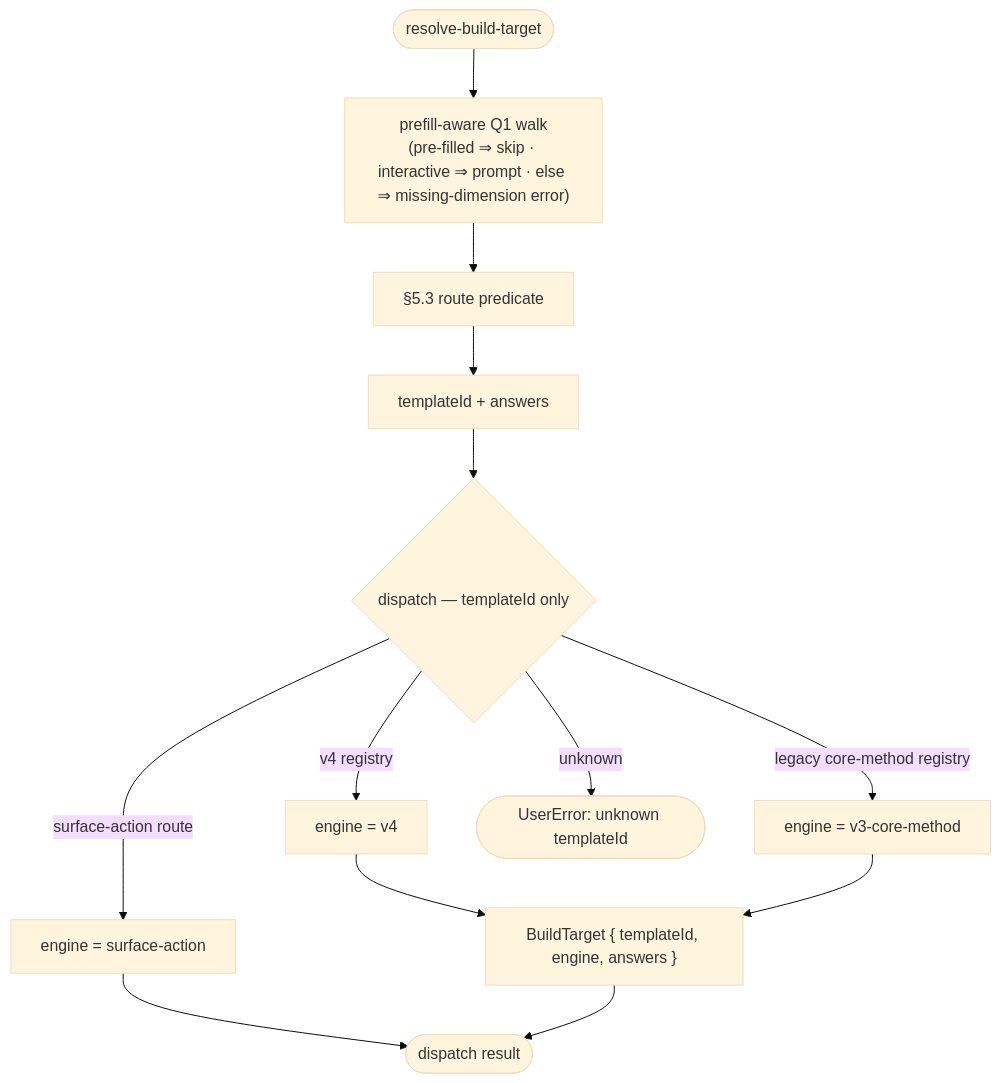
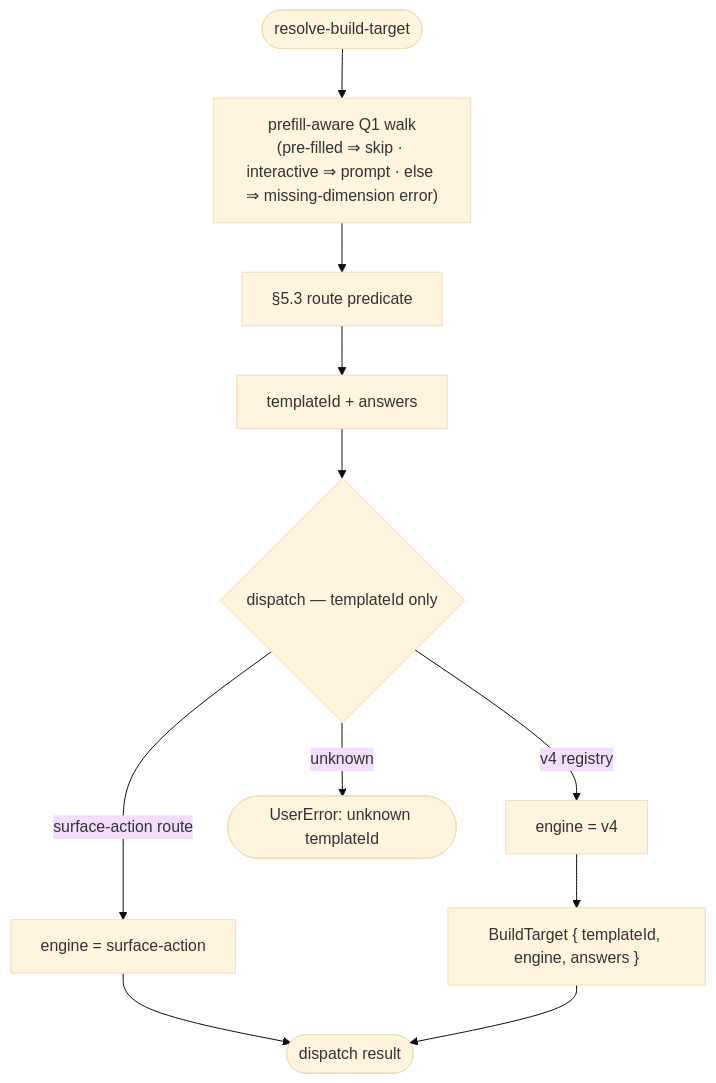
Before and after one commit to OfficeDev/Teams-Toolkit: the diagram in docs/03-specs/operations/scaffolding/resolve-build-target.md, drawn with Mermaid (base theme). The commit also changed other lines of this file and 17 other files, not shown here.

First line of the commit message:
refactor(fx-core): remove the v3-core-method dispatch engine

````diff
--- a/docs/03-specs/operations/scaffolding/resolve-build-target.md
+++ b/docs/03-specs/operations/scaffolding/resolve-build-target.md
@@ -126,17 +125,15 @@
 ```mermaid
 flowchart TD
   start([resolve-build-target]) --> q1["prefill-aware Q1 walk\n(pre-filled ⇒ skip · interactive ⇒ prompt · else ⇒ missing-dimension error)"]
   q1 --> pred["§5.3 route predicate"]
   pred --> tid["templateId + answers"]
 
   tid --> disp{dispatch — templateId only}
   disp -->|v4 registry| v4[engine = v4]
-  disp -->|legacy core-method registry| cm[engine = v3-core-method]
   disp -->|surface-action route| sa[engine = surface-action]
   disp -->|unknown| errU([UserError: unknown templateId])
 
   v4 --> bt["BuildTarget { templateId, engine, answers }"]
-  cm --> bt
   sa --> done([dispatch result])
   bt --> done
 ```
````
